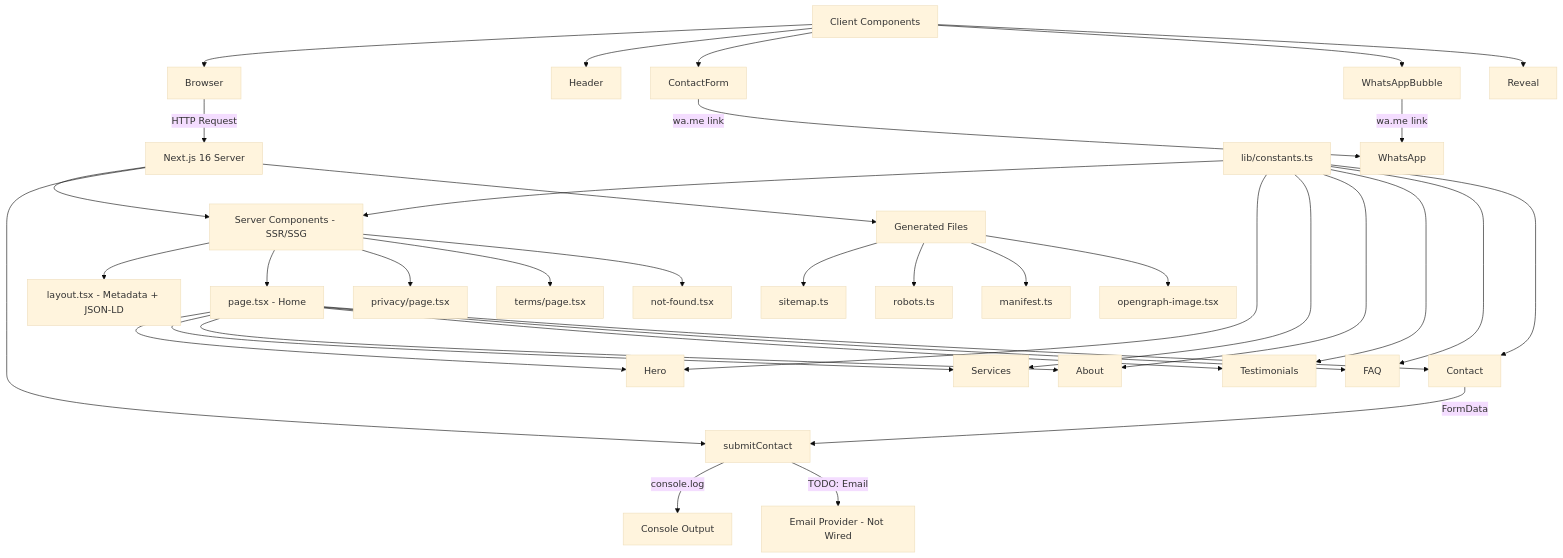
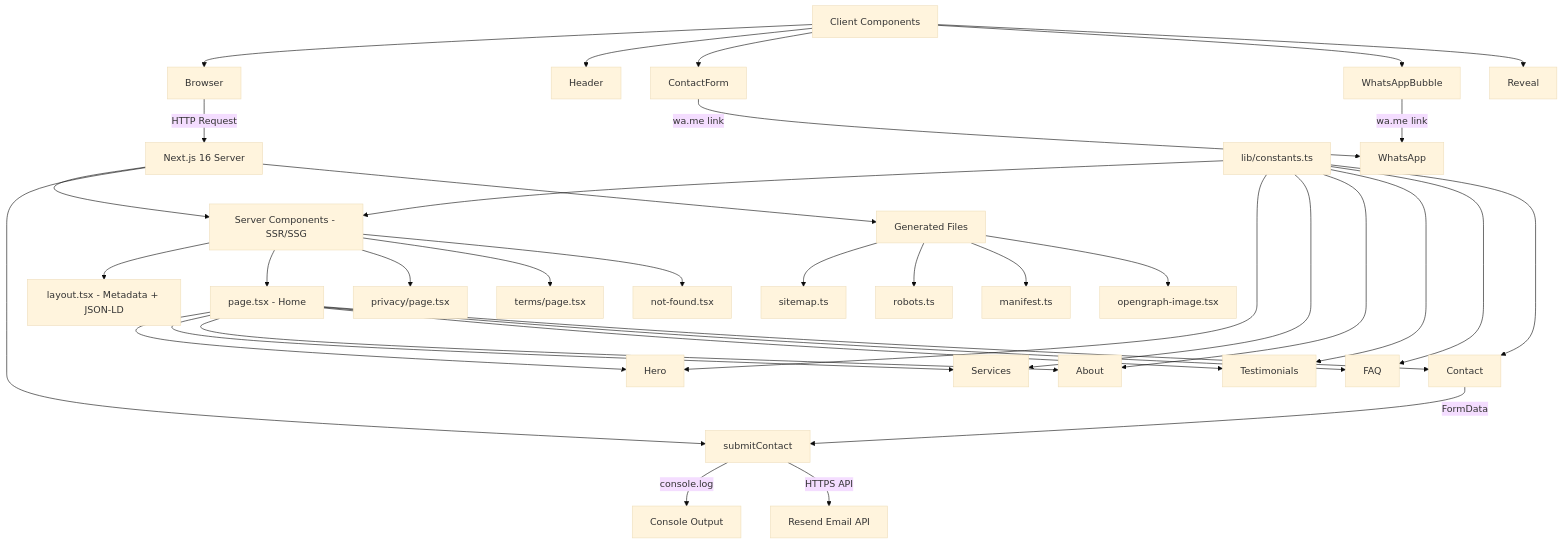
Before and after one commit to adityapandey2002/CW: the first of 3 diagrams in PROJECT_CONTEXT.md, drawn with Mermaid (base theme). The commit also changed other lines of this file and 12 other files, not shown here.

````diff
--- a/PROJECT_CONTEXT.md
+++ b/PROJECT_CONTEXT.md
@@ -180,46 +180,46 @@
 ```mermaid
 graph TD
     A[Browser] -->|HTTP Request| B[Next.js 16 Server]
     B --> C[Server Components - SSR/SSG]
     B --> D[Server Actions]
     B --> E[Generated Files]
     
     C --> C1[layout.tsx - Metadata + JSON-LD]
     C --> C2[page.tsx - Home]
     C --> C3[privacy/page.tsx]
     C --> C4[terms/page.tsx]
     C --> C5[not-found.tsx]
     
     C2 --> S1[Hero]
     C2 --> S2[Services]
     C2 --> S3[About]
     C2 --> S4[Testimonials]
     C2 --> S5[FAQ]
     C2 --> S6[Contact]
     
     S6 -->|FormData| D[submitContact]
     D -->|console.log| F[Console Output]
-    D -->|TODO: Email| G[Email Provider - Not Wired]
+    D -->|HTTPS API| G[Resend Email API]
     
     E --> E1[sitemap.ts]
     E --> E2[robots.ts]
     E --> E3[manifest.ts]
     E --> E4[opengraph-image.tsx]
     
     H[lib/constants.ts] --> C
     H --> S1
     H --> S2
     H --> S3
     H --> S4
     H --> S5
     H --> S6
     
     I[Client Components] --> A
     I --> I1[Header]
     I --> I2[ContactForm]
     I --> I3[WhatsAppBubble]
     I --> I4[Reveal]
     
     I3 -->|wa.me link| J[WhatsApp]
     I2 -->|wa.me link| J
 ```
````
